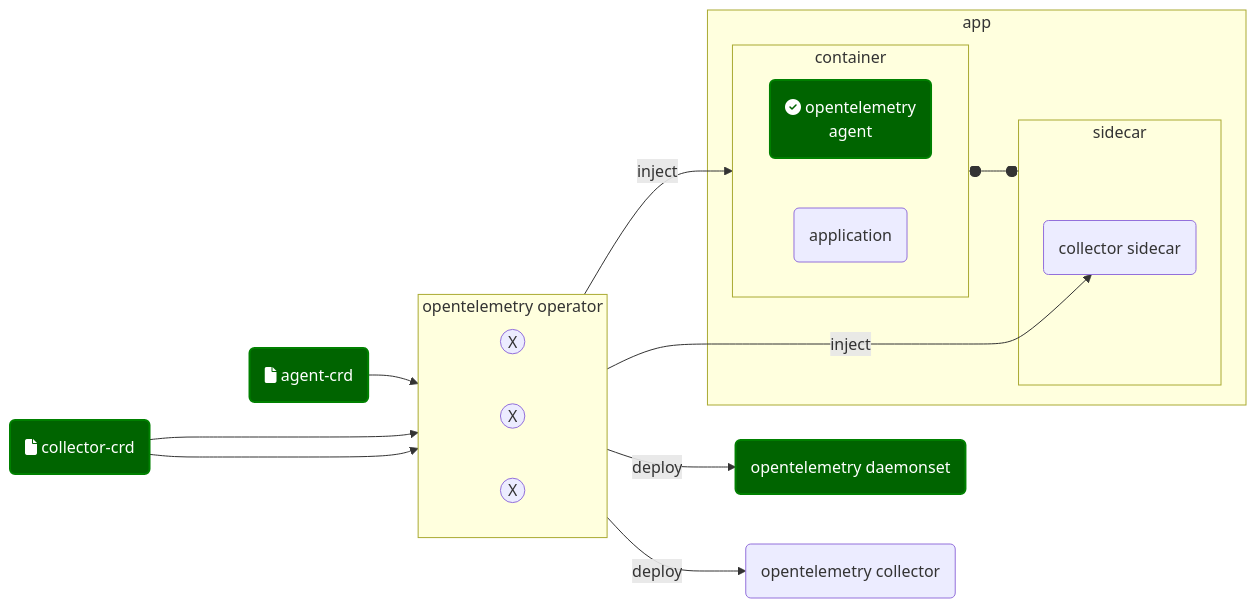
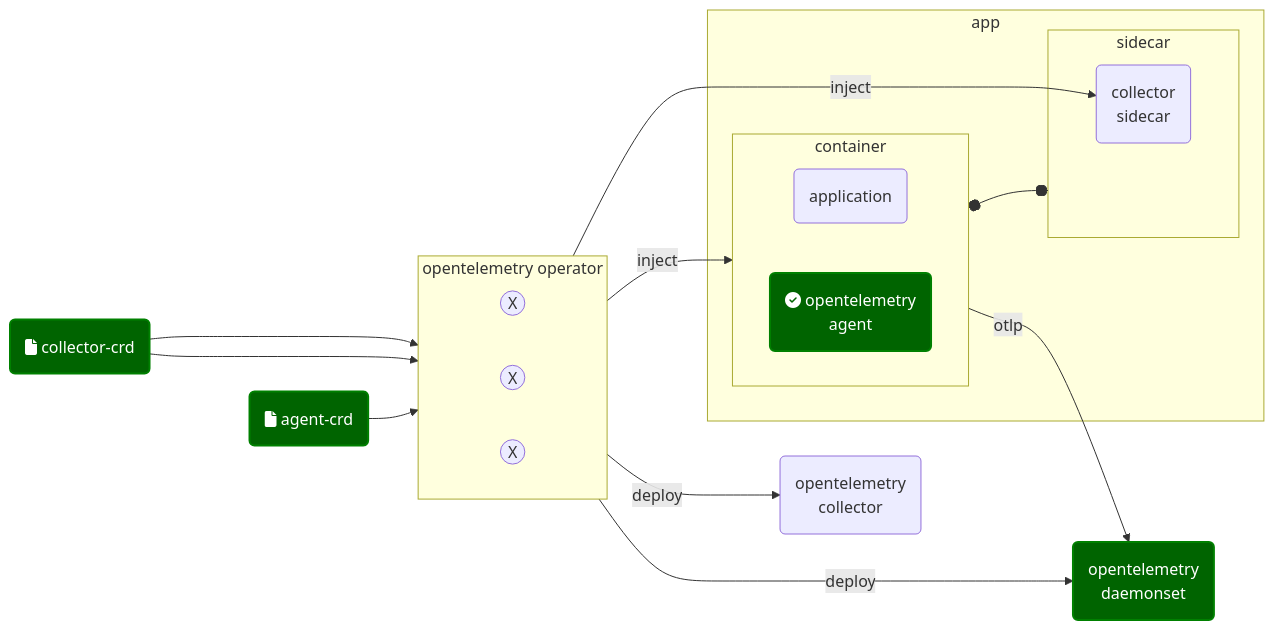
The diagram in docs/InstallOtelcol.md (devrimdemiroz/opentelemetry-browser), drawn with Mermaid before and after one commit.

Commit message:
closest to an opentelemetry operator and which pieceses is aimed here within

````diff
--- a/docs/InstallOtelcol.md
+++ b/docs/InstallOtelcol.md
@@ -3,37 +3,40 @@
 ```mermaid
 %%{init:  { htmlLabels: true, flowchart: { htmlLabels: true }, securityLevel: 'loose' }} }%%
 flowchart LR
 classDef green fill:green,stroke:green,stroke-width:2px,color:#fff
 classDef dgreen fill:darkgreen,stroke:green,stroke-width:2px,color:#fff
 agent-crd("fa:fa-file agent-crd"):::dgreen
 collector-crd("fa:fa-file collector-crd"):::dgreen
 subgraph oteloperator["opentelemetry operator"]
             direction LR
             inject((X)) 
             inject2((X)) 
             deploy((X)) 
          
     end
     subgraph app
         subgraph sidecar
-            otelcol-sidecar(collector sidecar)
+            otelcol-sidecar(collector <br/> sidecar)
         end
         subgraph container
             direction LR 
+            application(application) 
             otelagent("fa:fa-check-circle opentelemetry <br/>agent"):::dgreen
-            application(application)
+            
         end
     end
 
 container o--o sidecar
    
   
  agent-crd -->inject-->|inject|otelagent
  collector-crd ---->inject2-->|inject|otelcol-sidecar    
  collector-crd ---->deploy    
             
-otelcol-daemonset( opentelemetry daemonset):::dgreen
-otelcol( opentelemetry collector)
+otelcol-daemonset( opentelemetry <br/> daemonset):::dgreen
+otelcol( opentelemetry <br/>collector)
 deploy -->|deploy| otelcol-daemonset & otelcol
 
+otelagent -->|otlp| otelcol-daemonset
+
 ```
````
